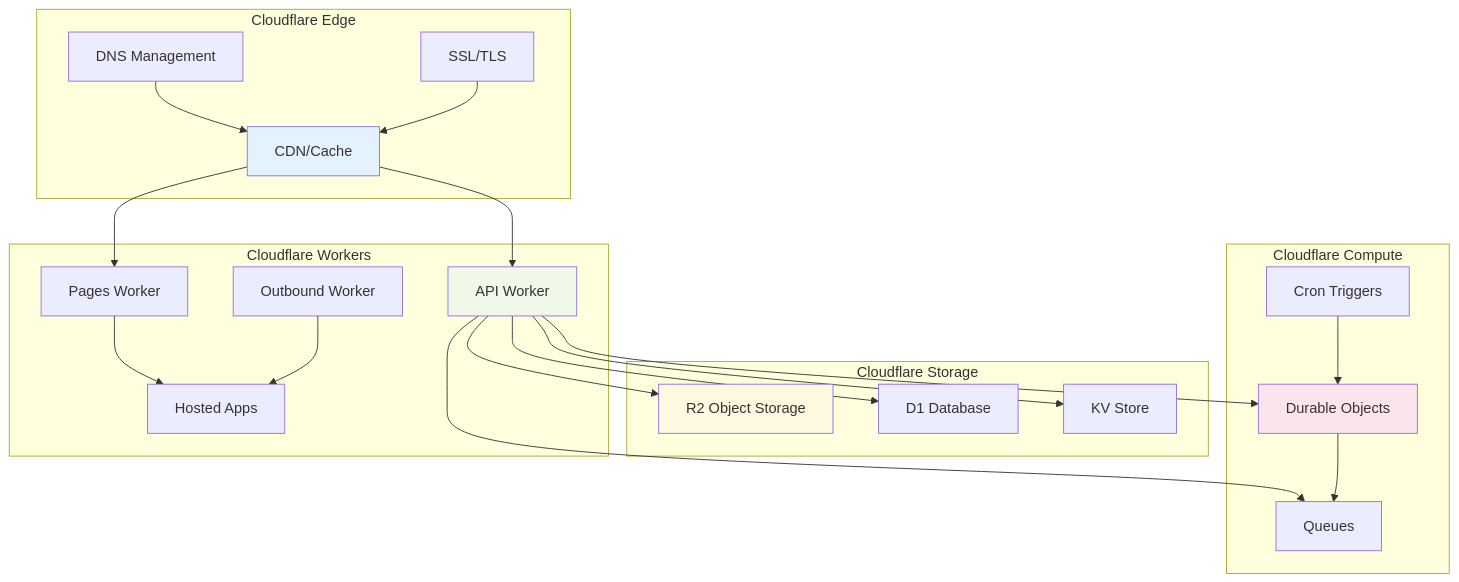
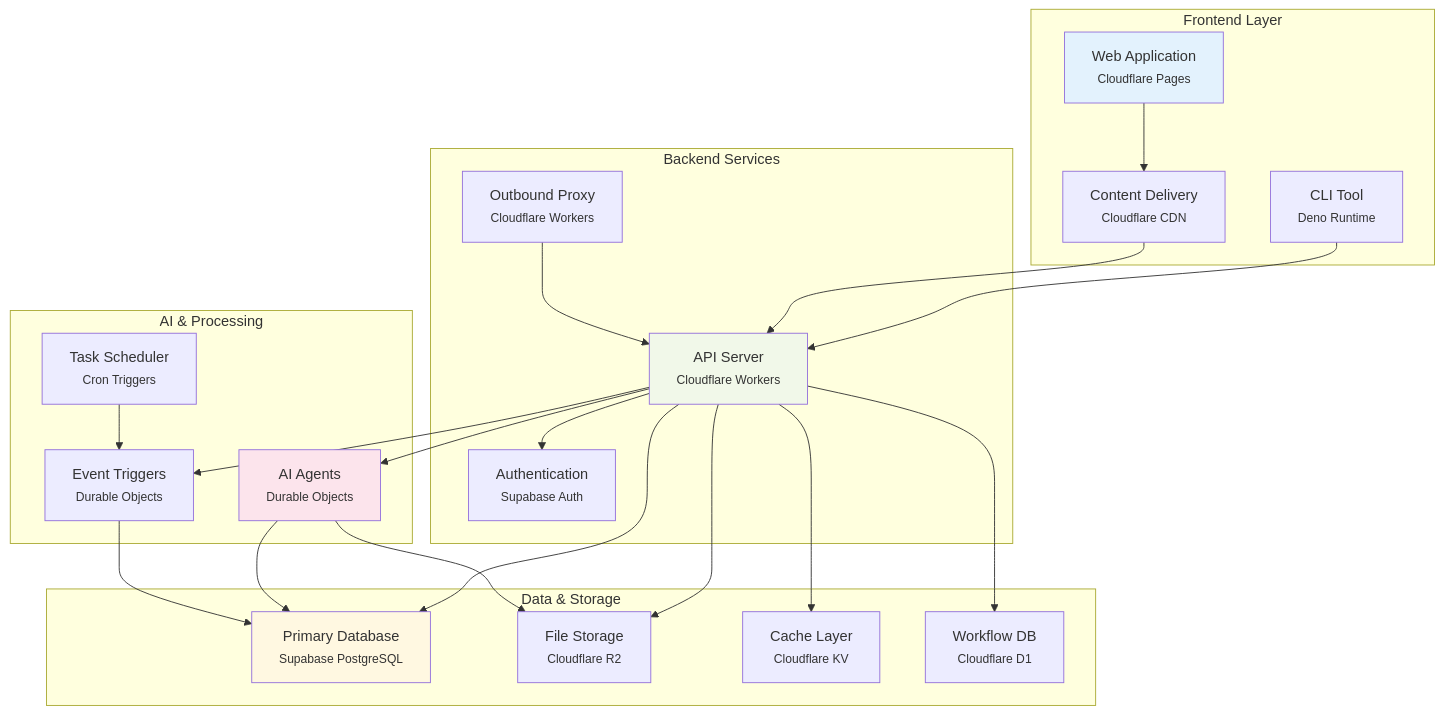
One commit to decocms/admin changed the diagram in architecture.md. Above: the diagram before and after it, drawn with Mermaid. The commit also changed other lines of this file, not shown here.

````diff
--- a/architecture.md
+++ b/architecture.md
@@ -5,49 +5,49 @@
 ```mermaid
 graph TB
-    subgraph "Cloudflare Edge"
-        CDN[CDN/Cache]
-        DNS[DNS Management]
-        SSL[SSL/TLS]
+    subgraph "Frontend Layer"
+        WebApp[Web Application<br/><small>Cloudflare Pages</small>]
+        CLI[CLI Tool<br/><small>Deno Runtime</small>]
+        CDN[Content Delivery<br/><small>Cloudflare CDN</small>]
     end
     
-    subgraph "Cloudflare Workers"
-        API[API Worker]
-        Pages[Pages Worker]
-        Outbound[Outbound Worker]
-        Apps[Hosted Apps]
+    subgraph "Backend Services"
+        API[API Server<br/><small>Cloudflare Workers</small>]
+        Outbound[Outbound Proxy<br/><small>Cloudflare Workers</small>]
+        Auth[Authentication<br/><small>Supabase Auth</small>]
     end
     
-    subgraph "Cloudflare Storage"
-        R2[R2 Object Storage]
-        D1[D1 Database]
-        KV[KV Store]
+    subgraph "AI & Processing"
+        Agents[AI Agents<br/><small>Durable Objects</small>]
+        Triggers[Event Triggers<br/><small>Durable Objects</small>]
+        Scheduler[Task Scheduler<br/><small>Cron Triggers</small>]
     end
     
-    subgraph "Cloudflare Compute"
-        DO[Durable Objects]
-        Queue[Queues]
-        Cron[Cron Triggers]
+    subgraph "Data & Storage"
+        Database[Primary Database<br/><small>Supabase PostgreSQL</small>]
+        FileStorage[File Storage<br/><small>Cloudflare R2</small>]
+        Cache[Cache Layer<br/><small>Cloudflare KV</small>]
+        Workflows[Workflow DB<br/><small>Cloudflare D1</small>]
     end
     
+    WebApp --> CDN
+    CLI --> API
     CDN --> API
-    CDN --> Pages
-    DNS --> CDN
-    SSL --> CDN
+    API --> Auth
+    API --> Agents
+    API --> Triggers
+    API --> Database
+    API --> FileStorage
+    API --> Cache
+    API --> Workflows
     
-    API --> R2
-    API --> D1
-    API --> KV
-    API --> DO
-    API --> Queue
+    Agents --> Database
+    Agents --> FileStorage
+    Triggers --> Database
+    Scheduler --> Triggers
+    Outbound --> API
     
-    Pages --> Apps
-    Outbound --> Apps
-    
-    DO --> Queue
-    Cron --> DO
-    
-    style CDN fill:#e3f2fd
+    style WebApp fill:#e3f2fd
     style API fill:#f1f8e9
-    style R2 fill:#fff8e1
-    style DO fill:#fce4ec
+    style Agents fill:#fce4ec
+    style Database fill:#fff8e1
 ```
````
